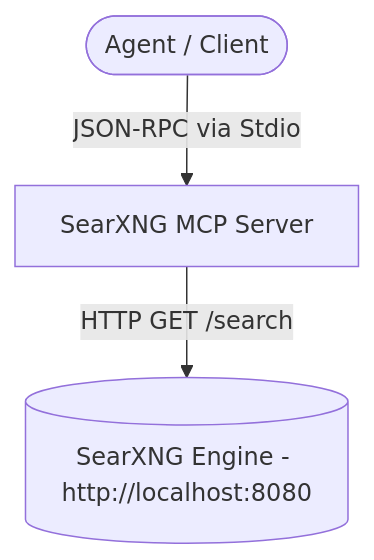
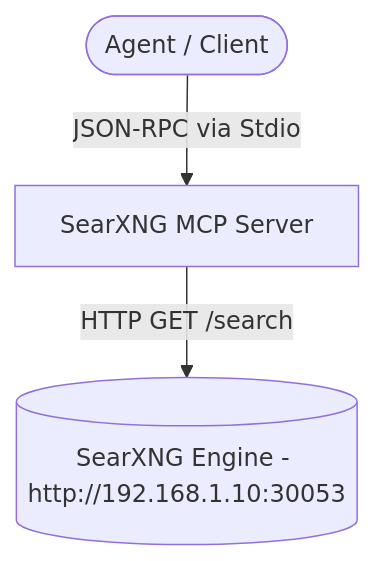
The diagram in mcp-blueprints/searxng-mcp/BLUEPRINT.md (rauseoj89/Agy-MCP), drawn with Mermaid before and after one commit. The commit also changed other lines of this file, not shown here.

````diff
--- a/mcp-blueprints/searxng-mcp/BLUEPRINT.md
+++ b/mcp-blueprints/searxng-mcp/BLUEPRINT.md
@@ -7,5 +7,5 @@
 ```mermaid
 graph TD
     Agent([Agent / Client]) -->|JSON-RPC via Stdio| MCP[SearXNG MCP Server]
-    MCP -->|HTTP GET /search| SearXNG[(SearXNG Engine - http://localhost:8080)]
+    MCP -->|HTTP GET /search| SearXNG[(SearXNG Engine - http://192.168.1.10:30053)]
 ```
````
